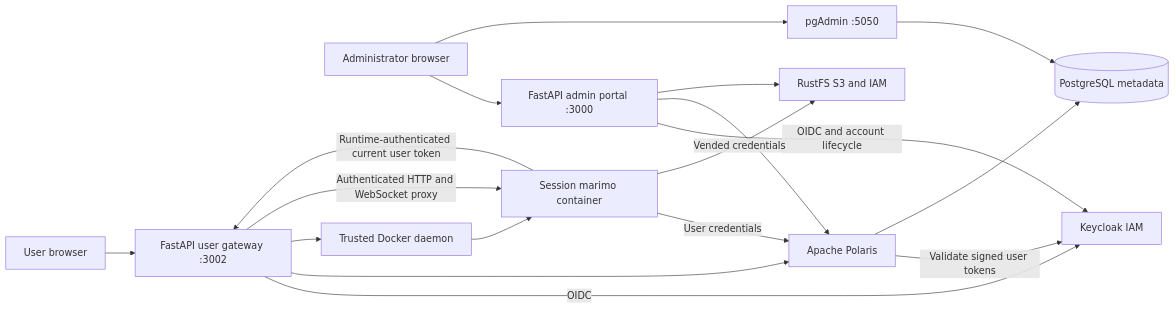
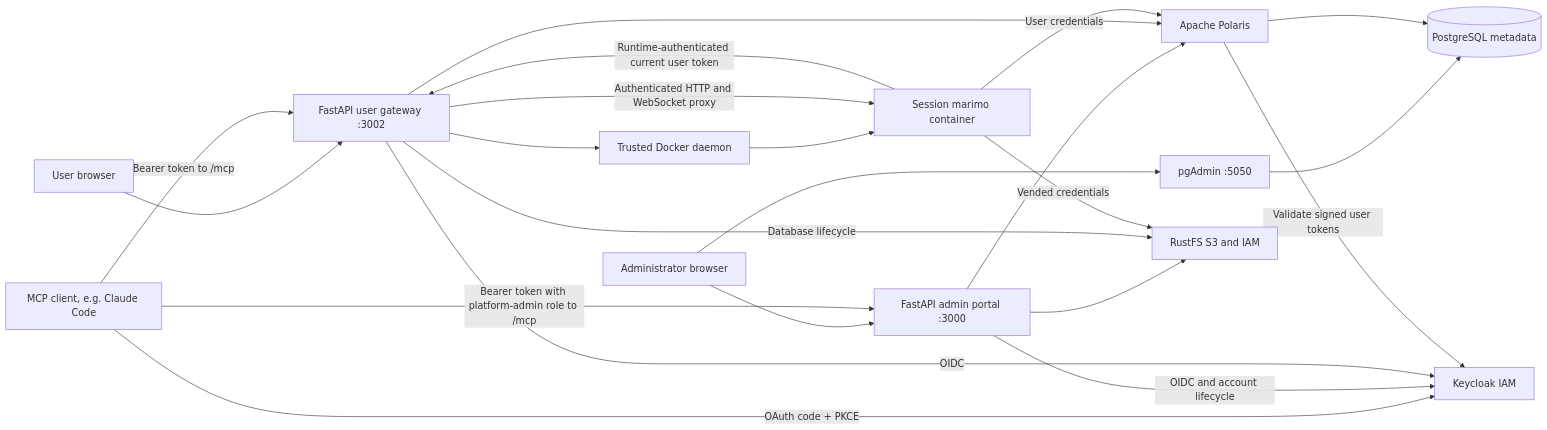
One commit to sanderdw/iceberg-data-platform changed the diagram in docs/architecture.md. Above: the diagram before and after it, drawn with Mermaid. The commit also changed other lines of this file and 79 other files, not shown here.

````diff
--- a/docs/architecture.md
+++ b/docs/architecture.md
@@ -3,20 +3,24 @@
 ```mermaid
 flowchart LR
     Admin[Administrator browser] --> AdminAPI[FastAPI admin portal :3000]
     Admin --> PgAdmin[pgAdmin :5050]
     PgAdmin --> Postgres
     User[User browser] --> UserAPI[FastAPI user gateway :3002]
+    Agent[MCP client, e.g. Claude Code] -->|Bearer token to /mcp| UserAPI
+    Agent -->|Bearer token with platform-admin role to /mcp| AdminAPI
+    Agent -->|OAuth code + PKCE| Keycloak
     AdminAPI -->|OIDC and account lifecycle| Keycloak[Keycloak IAM]
     UserAPI -->|OIDC| Keycloak
     Polaris -->|Validate signed user tokens| Keycloak
     AdminAPI --> Polaris[Apache Polaris]
     AdminAPI --> Storage[RustFS S3 and IAM]
     UserAPI --> Polaris
+    UserAPI -->|Database lifecycle| Storage
     UserAPI --> Docker[Trusted Docker daemon]
     Docker --> Notebook[Session marimo container]
     UserAPI -->|Authenticated HTTP and WebSocket proxy| Notebook
     Notebook -->|Runtime-authenticated current user token| UserAPI
     Notebook -->|User credentials| Polaris
     Notebook -->|Vended credentials| Storage
     Polaris --> Postgres[(PostgreSQL metadata)]
 ```
````
